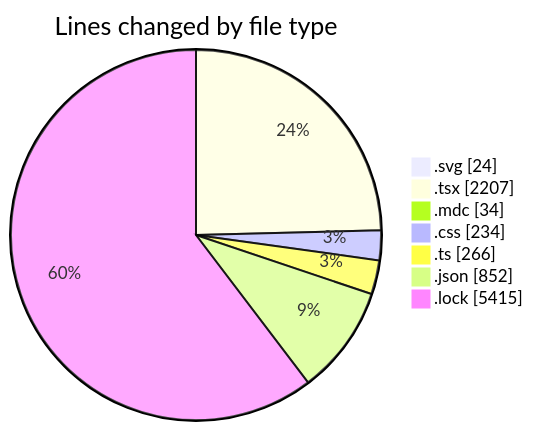
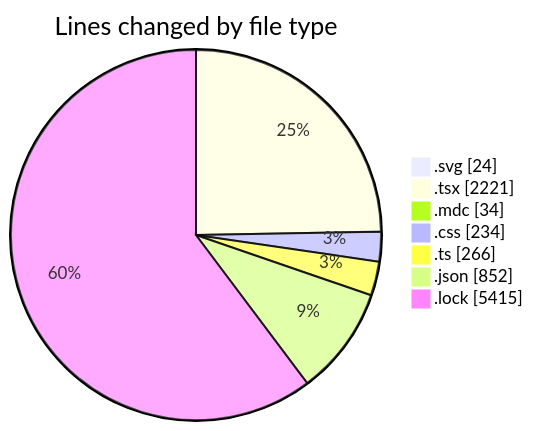
Before and after one commit to EIIisD/code-tracking: the first of 2 diagrams in 2025-07-18/ribbon/README.md, drawn with Mermaid. The commit also changed other lines of this file and 1 other file, not shown here.

````diff
--- a/2025-07-18/ribbon/README.md
+++ b/2025-07-18/ribbon/README.md
@@ -35,11 +36,11 @@
 ```mermaid
 pie showData
 title Lines changed by file type
 ".svg" : 24
-".tsx" : 2207
+".tsx" : 2221
 ".mdc" : 34
 ".css" : 234
 ".ts" : 266
 ".json" : 852
 ".lock" : 5415
 ```
````
